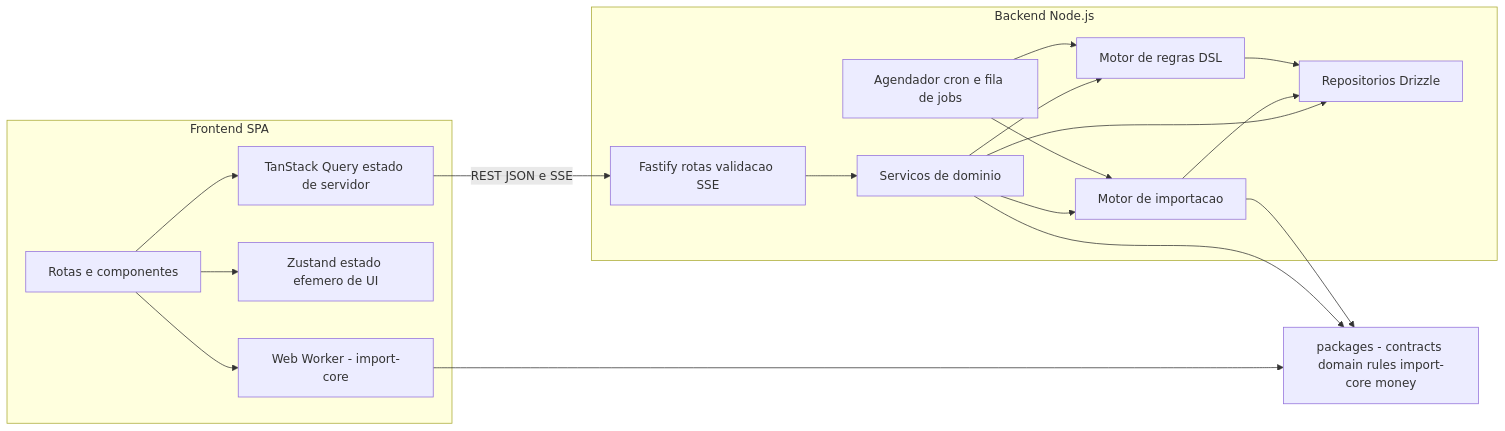
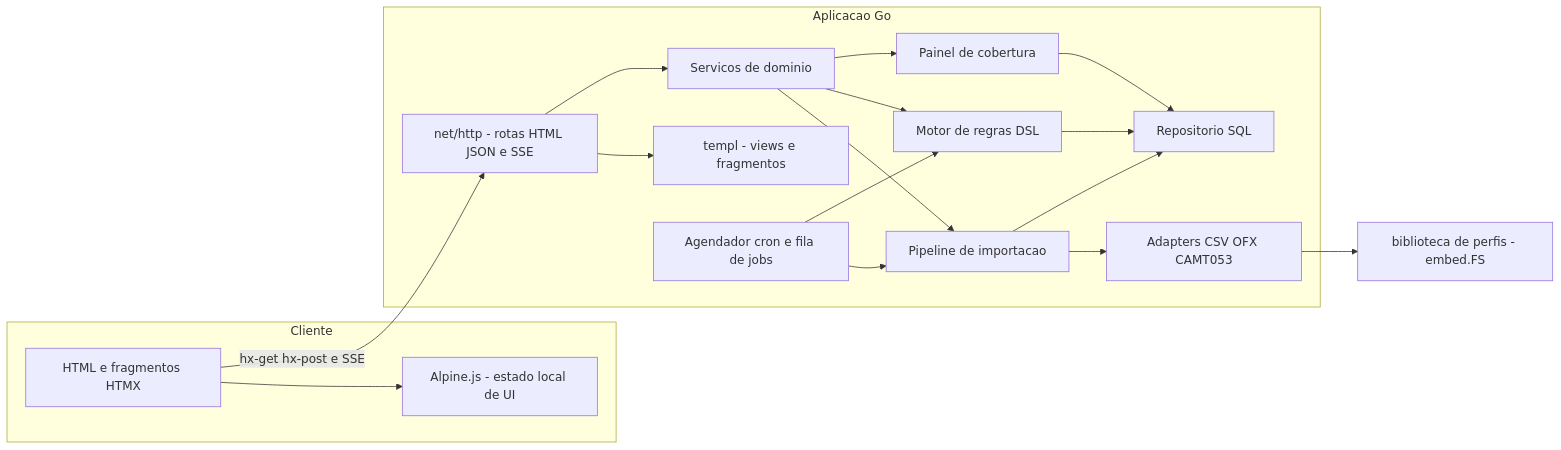
One commit to giovbon/codespaces-blank changed the second of 4 diagrams in docs/01-arquitetura.md. Above: the diagram before and after it, drawn with Mermaid. The commit also changed other lines of this file and 18 other files, not shown here.

````diff
--- a/docs/01-arquitetura.md
+++ b/docs/01-arquitetura.md
@@ -81,33 +82,33 @@
 ```mermaid
 graph LR
-  subgraph Frontend SPA
-    UI[Rotas e componentes]
-    Q[TanStack Query estado de servidor]
-    Z[Zustand estado efemero de UI]
-    WK[Web Worker - import-core]
-    UI --> Q
-    UI --> Z
-    UI --> WK
+  subgraph Cliente
+    UI[HTML e fragmentos HTMX]
+    AL[Alpine.js - estado local de UI]
+    UI --> AL
   end
-  subgraph Backend Node.js
-    HTTP[Fastify rotas validacao SSE]
+  subgraph Aplicacao Go
+    HTTP[net/http - rotas HTML JSON e SSE]
+    TPL[templ - views e fragmentos]
     SVC[Servicos de dominio]
-    IMP[Motor de importacao]
+    IMP[Pipeline de importacao]
+    ADP[Adapters CSV OFX CAMT053]
     RUL[Motor de regras DSL]
+    COV[Painel de cobertura]
     SCH[Agendador cron e fila de jobs]
-    REPO[Repositorios Drizzle]
+    REPO[Repositorio SQL]
+    HTTP --> TPL
     HTTP --> SVC
     SVC --> IMP
     SVC --> RUL
-    SVC --> REPO
+    SVC --> COV
     SCH --> IMP
     SCH --> RUL
+    IMP --> ADP
     IMP --> REPO
     RUL --> REPO
+    COV --> REPO
   end
-  SHARED[packages - contracts domain rules import-core money]
-  Q -->|REST JSON e SSE| HTTP
-  WK --> SHARED
-  SVC --> SHARED
-  IMP --> SHARED
+  PROF[biblioteca de perfis - embed.FS]
+  ADP --> PROF
+  UI -->|hx-get hx-post e SSE| HTTP
 ```
````
